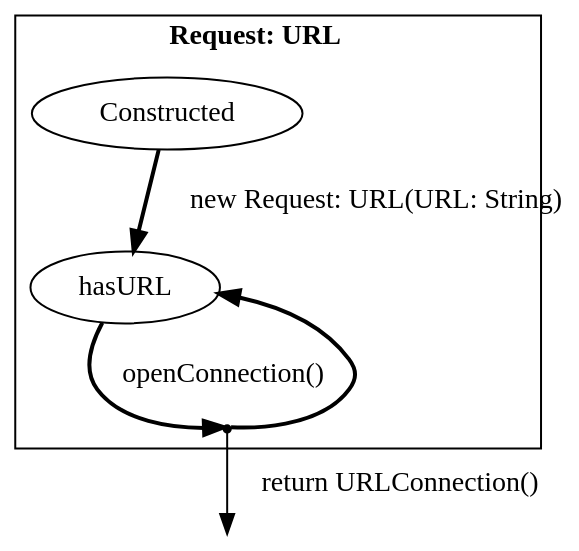
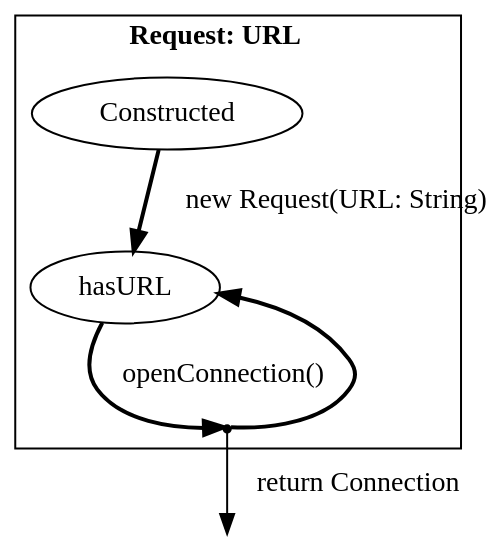
One commit to h31/LibraryMigrationDocuments changed the diagram in Presentation/javaSmall.dot. Above: the diagram before and after it, drawn with Graphviz. The commit also changed 22 other files, not shown here.

```diff
--- a/Presentation/javaSmall.dot
+++ b/Presentation/javaSmall.dot
@@ -1,16 +1,16 @@
 digraph G {
     bgcolor="transparent";
 
     subgraph cluster0 {
     label = <<B>Request: URL</B>>;
     Constructed_Request [ label="Constructed" ];
     hasURL_Request [ label="hasURL" ];
     virtual0 [ shape = point ];
 
-    Constructed_Request -> hasURL_Request [ label="new Request: URL(URL: String)", style = "bold"  ];
+    Constructed_Request -> hasURL_Request [ label="new Request(URL: String)", style = "bold"  ];
     hasURL_Request -> virtual0 [ style = "bold" label="openConnection()"  ];
     virtual0 -> hasURL_Request [ style = "bold"  ];
     }
-    virtual0 -> Constructed_Connection [ label="return URLConnection()"  ];
+    virtual0 -> Constructed_Connection [ label="return Connection"  ];
     Constructed_Connection [style=invisible];
 }
```
